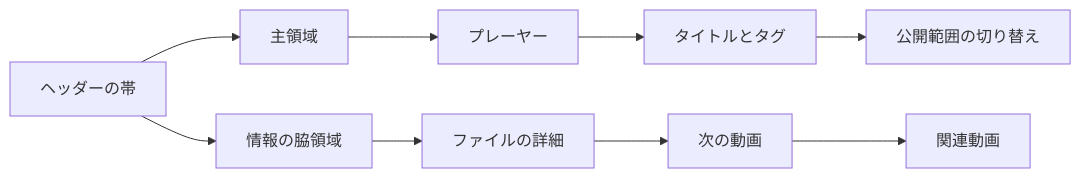
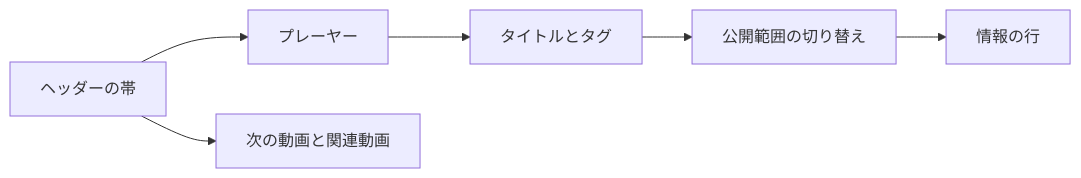
Before and after one commit to syudead/vv: the ninth of 13 diagrams in translations/ja/docs/design-docs/library-ui.md, drawn with Mermaid. The commit also changed other lines of this file and 1 other file, not shown here.

First line of the commit message:
文書: 動画ページを main の見た目に戻した節の和訳を合わせる

````diff
--- a/translations/ja/docs/design-docs/library-ui.md
+++ b/translations/ja/docs/design-docs/library-ui.md
@@ -259,11 +259,8 @@
 ```mermaid
 flowchart LR
-  band[ヘッダーの帯] --> main[主領域]
-  band --> aside[情報の脇領域]
-  main --> player[プレーヤー]
+  band[ヘッダーの帯] --> player[プレーヤー]
   player --> title[タイトルとタグ]
   title --> vis[公開範囲の切り替え]
-  aside --> info[ファイルの詳細]
-  info --> next[次の動画]
-  next --> related[関連動画]
+  vis --> info[情報の行]
+  band --> related[次の動画と関連動画]
 ```
````
